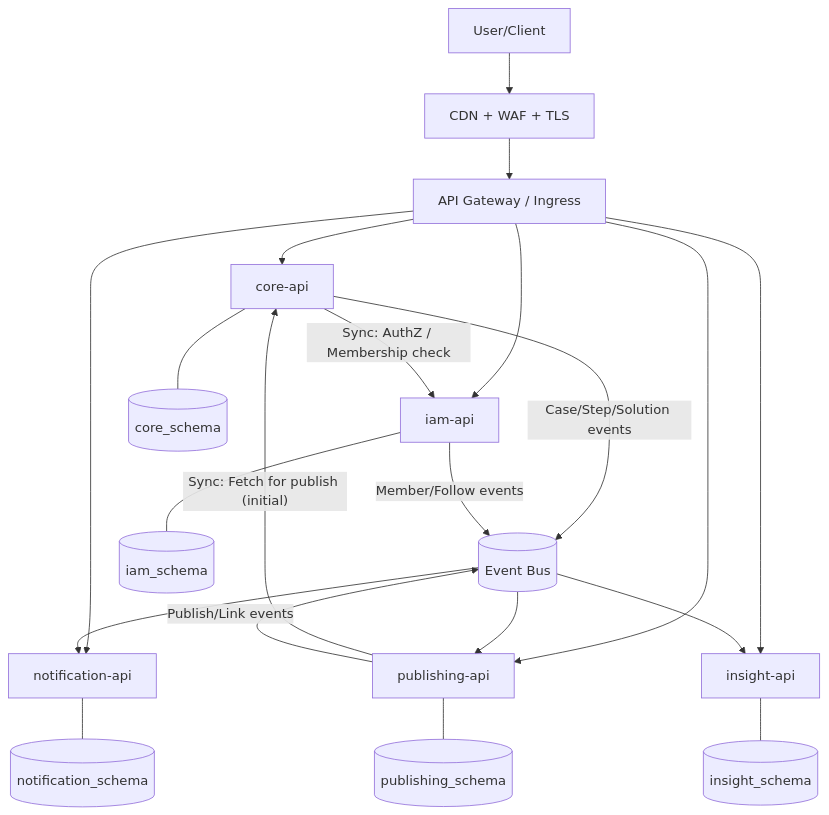
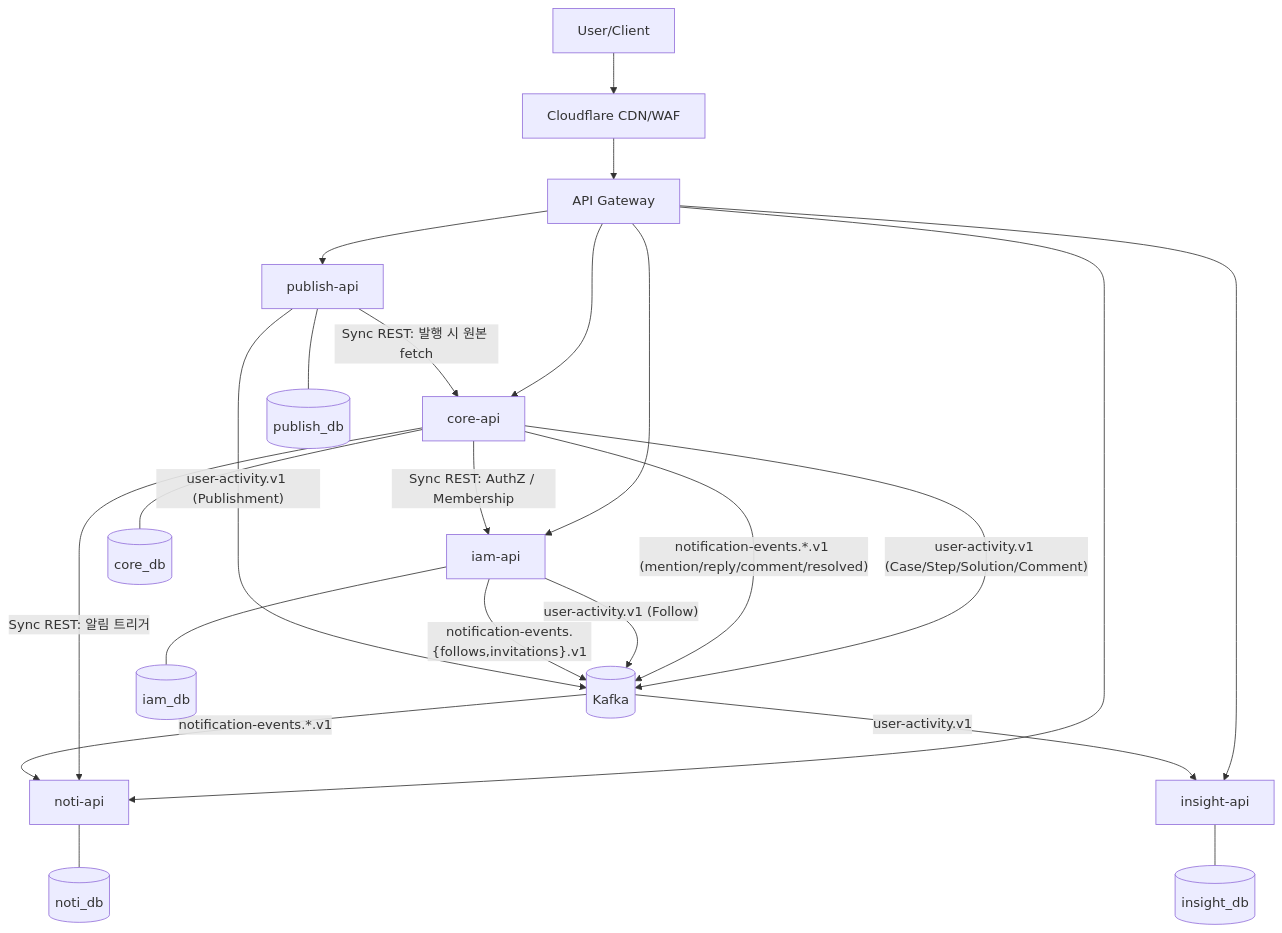
One commit to studieo-javry/error-archive changed the first of 2 diagrams in README.md. Above: the diagram before and after it, drawn with Mermaid. The commit also changed other lines of this file, not shown here.

First line of the commit message:
docs: README를 실제 구현·인프라 기준으로 정정 + Roadmap 분리 (#92)

````diff
--- a/README.md
+++ b/README.md
@@ -150,28 +109,30 @@
 ```mermaid
 flowchart TB
-  U[User/Client] --> EDGE[CDN + WAF + TLS] --> GW[API Gateway / Ingress]
+  U[User/Client] --> EDGE[Cloudflare CDN/WAF] --> GW[API Gateway]
 
   GW --> CORE[core-api]
   GW --> IAM[iam-api]
-  GW --> PUB[publishing-api]
-  GW --> NOTI[notification-api]
+  GW --> PUB[publish-api]
+  GW --> NOTI[noti-api]
   GW --> INS[insight-api]
 
-  CORE -->|Sync: AuthZ / Membership check| IAM
-  PUB -->|"Sync: Fetch for publish (initial)"| CORE
+  CORE -->|Sync REST: AuthZ / Membership| IAM
+  PUB  -->|"Sync REST: 발행 시 원본 fetch"| CORE
+  CORE -->|Sync REST: 알림 트리거| NOTI
 
-  BUS[(Event Bus)]
-  CORE -->|Case/Step/Solution events| BUS
-  IAM -->|Member/Follow events| BUS
-  PUB -->|Publish/Link events| BUS
+  BUS[(Kafka)]
+  CORE -->|"user-activity.v1 (Case/Step/Solution/Comment)"| BUS
+  CORE -->|"notification-events.*.v1 (mention/reply/comment/resolved)"| BUS
+  IAM  -->|"user-activity.v1 (Follow)"| BUS
+  IAM  -->|"notification-events.{follows,invitations}.v1"| BUS
+  PUB  -->|"user-activity.v1 (Publishment)"| BUS
 
-  BUS --> NOTI
-  BUS --> INS
-  BUS --> PUB
+  BUS -->|user-activity.v1| INS
+  BUS -->|notification-events.*.v1| NOTI
 
-  CORE --- DB1[(core_schema)]
-  IAM --- DB2[(iam_schema)]
-  PUB --- DB3[(publishing_schema)]
-  NOTI --- DB4[(notification_schema)]
-  INS --- DB5[(insight_schema)]
+  CORE --- DB1[(core_db)]
+  IAM  --- DB2[(iam_db)]
+  PUB  --- DB3[(publish_db)]
+  NOTI --- DB4[(noti_db)]
+  INS  --- DB5[(insight_db)]
 ```
````
